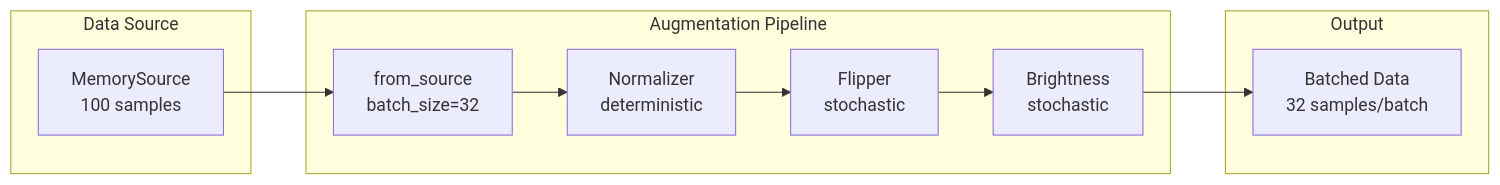
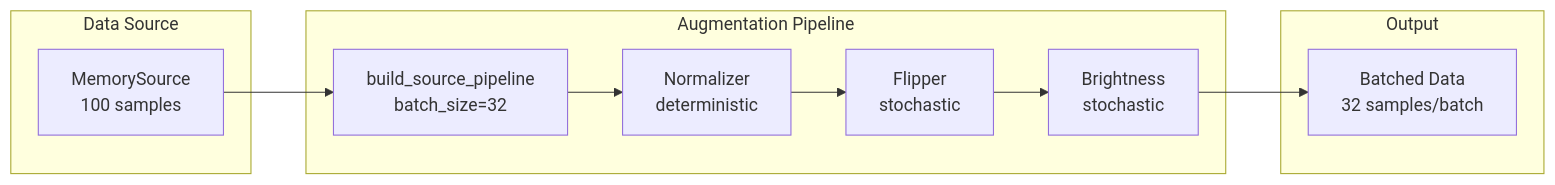
One commit to avitai/datarax changed the diagram in docs/examples/core/operators-tutorial.md. Above: the diagram before and after it, drawn with Mermaid. The commit also changed other lines of this file and 368 other files, not shown here.

````diff
--- a/docs/examples/core/operators-tutorial.md
+++ b/docs/examples/core/operators-tutorial.md
@@ -374,19 +374,19 @@
 ```mermaid
 flowchart LR
     subgraph Source["Data Source"]
         MS[MemorySource<br/>100 samples]
     end
 
     subgraph Pipeline["Augmentation Pipeline"]
-        FS[from_source<br/>batch_size=32]
+        FS[build_source_pipeline<br/>batch_size=32]
         N[Normalizer<br/>deterministic]
         F[Flipper<br/>stochastic]
         B[Brightness<br/>stochastic]
     end
 
     subgraph Output["Output"]
         OUT[Batched Data<br/>32 samples/batch]
     end
 
     MS --> FS --> N --> F --> B --> OUT
 ```
````
